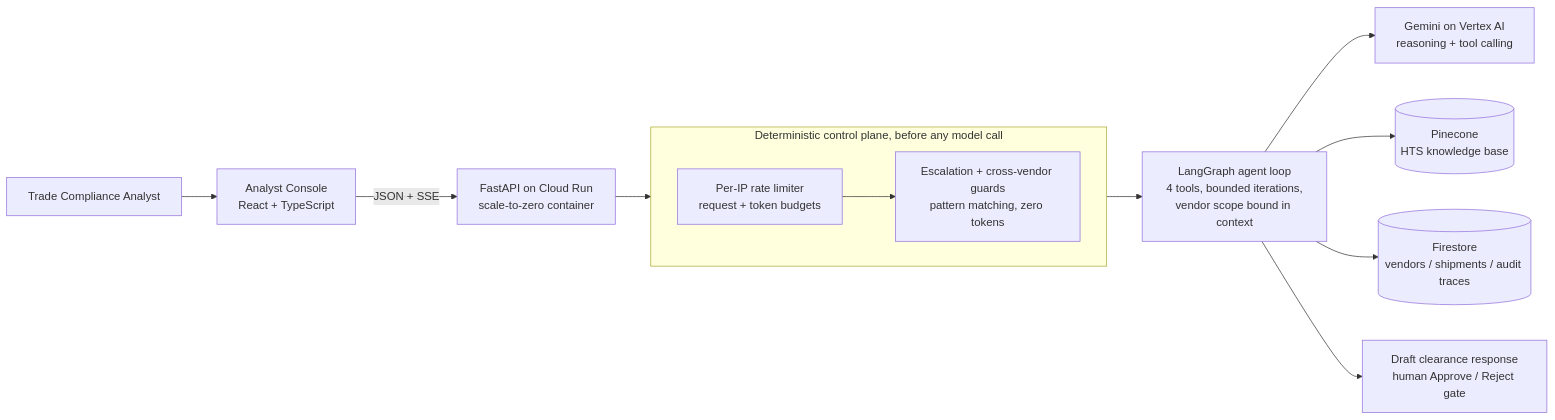
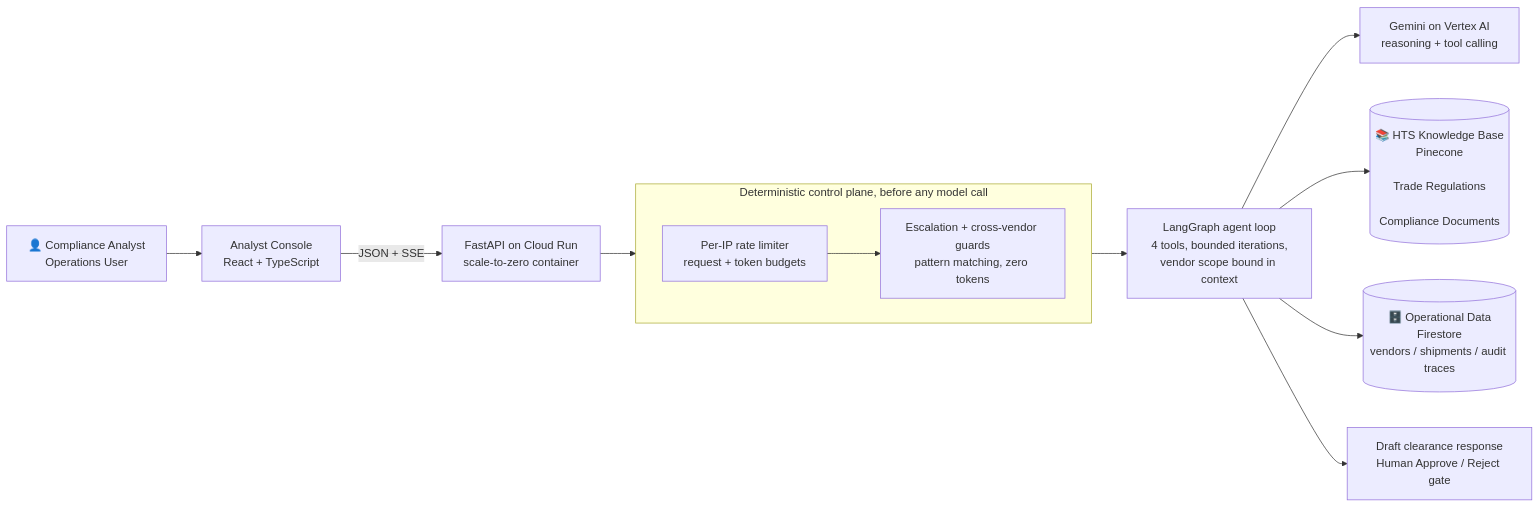
The diagram in README.md (yakyetilabs/trade-agent), drawn with Mermaid before and after one commit. The commit also changed other lines of this file and 12 other files, not shown here.

````diff
--- a/README.md
+++ b/README.md
@@ -38,17 +62,18 @@
 ```mermaid
 flowchart LR
-    analyst["Trade Compliance Analyst"] --> spa["Analyst Console<br/>React + TypeScript"]
+    analyst["👤 Compliance Analyst<br/>Operations User"] --> spa["Analyst Console<br/>React + TypeScript"]
     spa -- "JSON + SSE" --> api["FastAPI on Cloud Run<br/>scale-to-zero container"]
 
     subgraph control["Deterministic control plane, before any model call"]
         direction LR
         limiter["Per-IP rate limiter<br/>request + token budgets"] --> guards["Escalation + cross-vendor guards<br/>pattern matching, zero tokens"]
     end
 
     api --> control
     control --> loop["LangGraph agent loop<br/>4 tools, bounded iterations,<br/>vendor scope bound in context"]
     loop --> vertex["Gemini on Vertex AI<br/>reasoning + tool calling"]
-    loop --> kb[("Pinecone<br/>HTS knowledge base")]
-    loop --> db[("Firestore<br/>vendors / shipments / audit traces")]
-    loop --> draft["Draft clearance response<br/>human Approve / Reject gate"]
+    loop --> kb[("📚 HTS Knowledge Base<br/>Pinecone<br/><br/>Trade Regulations<br/>
+    Compliance Documents")]
+    loop --> db[("🗄️ Operational Data<br/>Firestore<br/>vendors / shipments / audit traces")]
+    loop --> draft["Draft clearance response<br/>Human Approve / Reject gate"]
 ```
````
